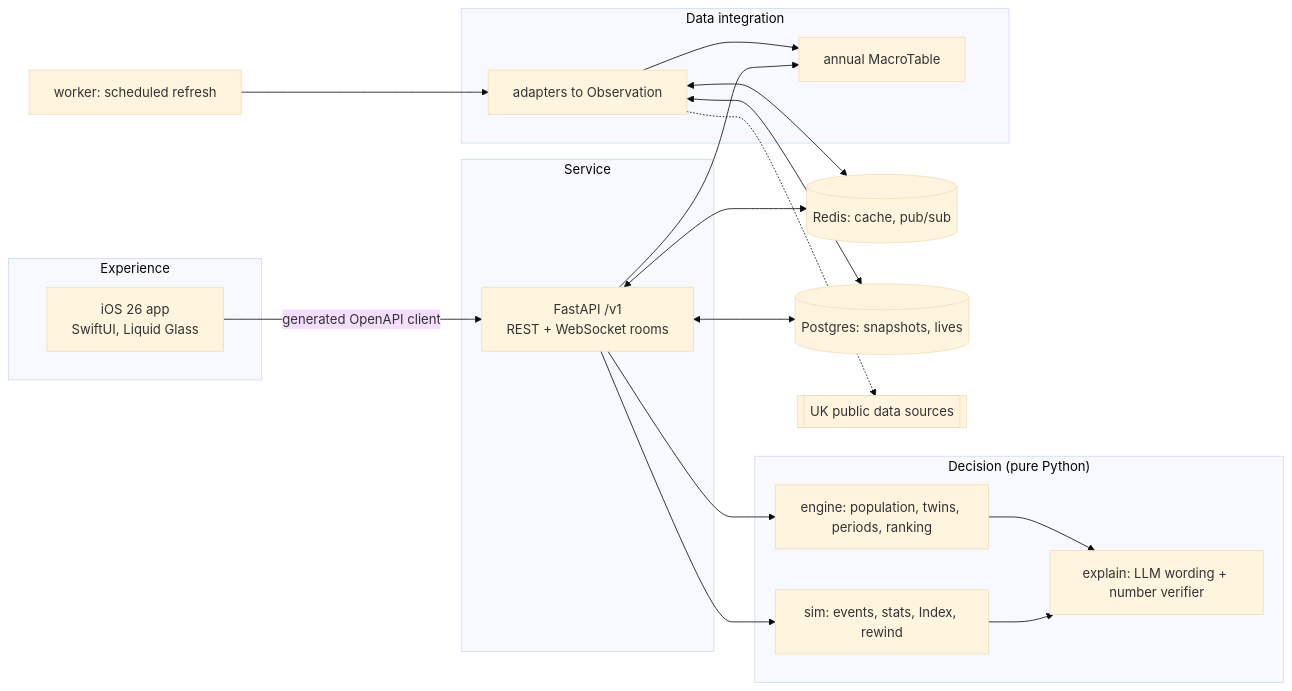
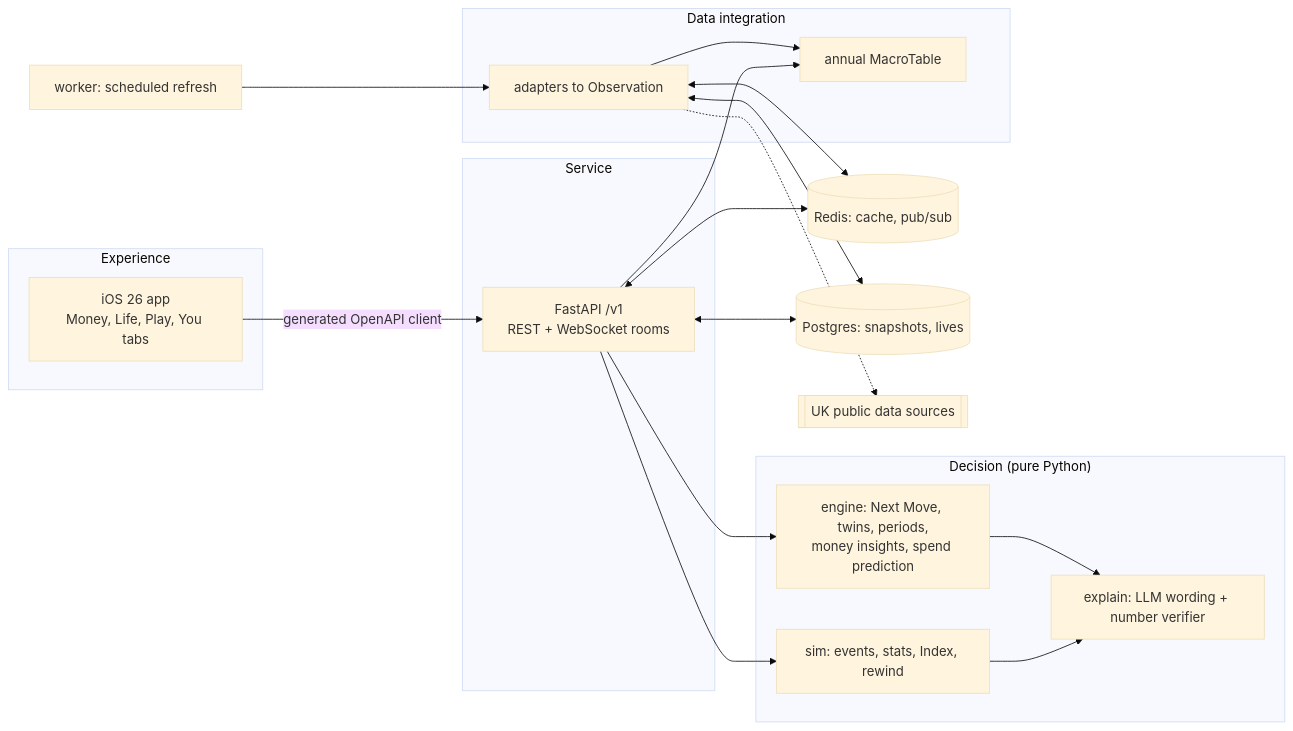
The first of 2 diagrams in README.md (expires/guts-hackathon-2026), drawn with Mermaid (base theme) before and after one commit. The commit also changed other lines of this file and 825 other files, not shown here.

First line of the commit message:
feat(ios): rebuild the design handoff natively in SwiftUI

````diff
--- a/README.md
+++ b/README.md
@@ -34,32 +86,32 @@
 ```mermaid
 flowchart LR
   subgraph EXP["Experience"]
-    IOS["iOS 26 app<br/>SwiftUI, Liquid Glass"]
+    IOS["iOS 26 app<br/>Money, Life, Play, You tabs"]
   end
   subgraph SVC["Service"]
     API["FastAPI /v1<br/>REST + WebSocket rooms"]
   end
   subgraph DEC["Decision (pure Python)"]
     SIM["sim: events, stats, Index, rewind"]
-    ENG["engine: population, twins, periods, ranking"]
+    ENG["engine: Next Move, twins, periods,<br/>money insights, spend prediction"]
     EXPL["explain: LLM wording + number verifier"]
   end
   subgraph DATA["Data integration"]
     ADP["adapters to Observation"]
     MT["annual MacroTable"]
   end
   REDIS[("Redis: cache, pub/sub")]
   PG[("Postgres: snapshots, lives")]
   WORKER["worker: scheduled refresh"]
   SRC[["UK public data sources"]]
 
   IOS -- "generated OpenAPI client" --> API
   API --> SIM & ENG
   SIM & ENG --> EXPL
   API --> MT
   ADP --> MT
   ADP <--> REDIS & PG
   API <--> REDIS & PG
   WORKER --> ADP
   ADP -.-> SRC
 ```
````
